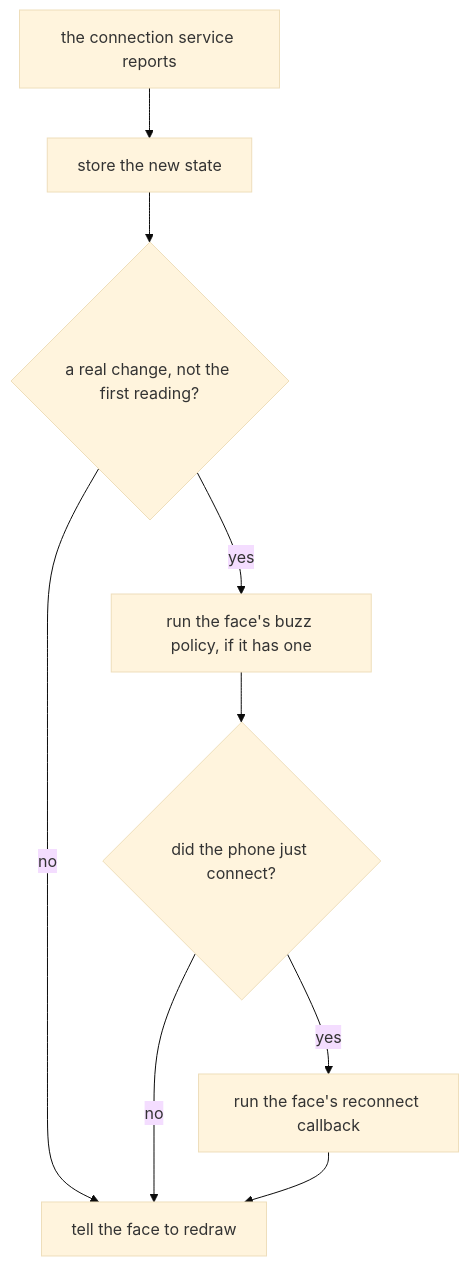
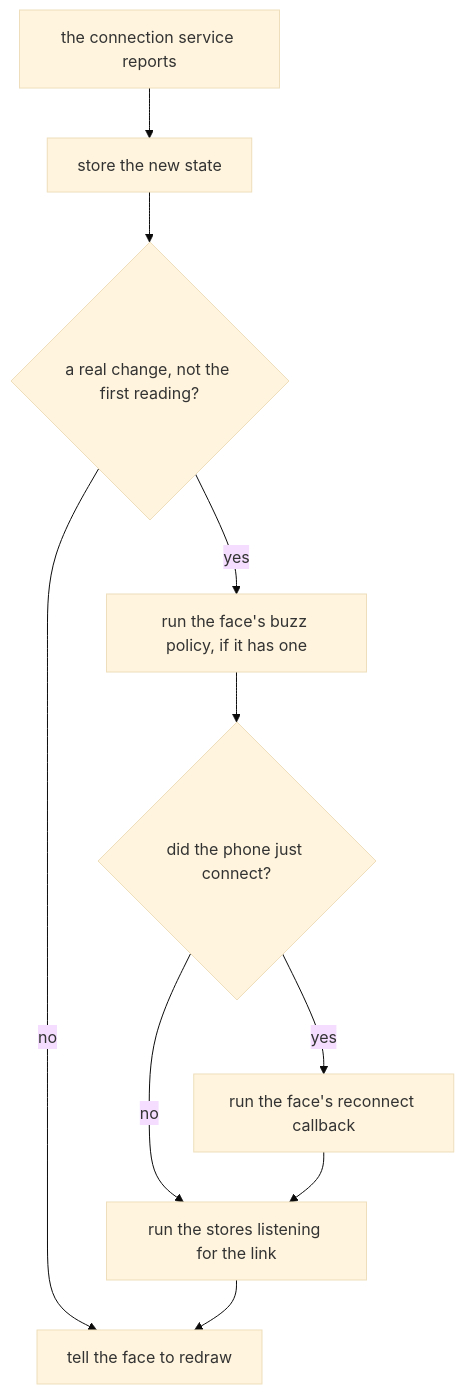
The diagram in docs/how/system-store.md (AKlitbo/pebble-app-framework), drawn with Mermaid (base theme) before and after one commit. The commit also changed other lines of this file and 248 other files, not shown here.

````diff
--- a/docs/how/system-store.md
+++ b/docs/how/system-store.md
@@ -32,11 +32,12 @@
 ```mermaid
 flowchart TD
   report["the connection service reports"] --> keep["store the new state"]
   keep --> changed{"a real change, not the first reading?"}
   changed -- no --> redraw["tell the face to redraw"]
   changed -- yes --> buzz["run the face's buzz policy, if it has one"]
   buzz --> back{"did the phone just connect?"}
-  back -- no --> redraw
+  back -- no --> listeners["run the stores listening for the link"]
   back -- yes --> catchup["run the face's reconnect callback"]
-  catchup --> redraw
+  catchup --> listeners
+  listeners --> redraw
 ```
````
